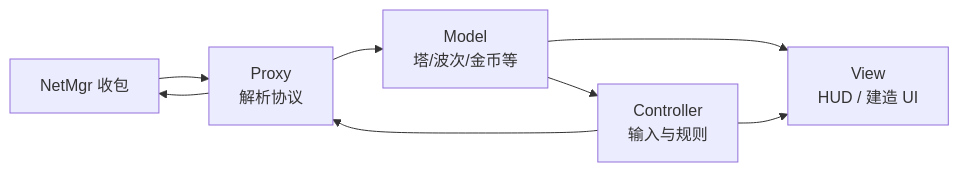
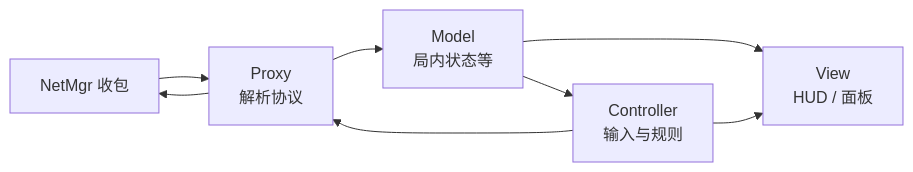
One commit to Newzhi/vframework4UnityGame changed the third of 3 diagrams in vframework/Assets/vFramework/Docs/FrameworkDesign.md. Above: the diagram before and after it, drawn with Mermaid. The commit also changed other lines of this file and 5 other files, not shown here.

````diff
--- a/vframework/Assets/vFramework/Docs/FrameworkDesign.md
+++ b/vframework/Assets/vFramework/Docs/FrameworkDesign.md
@@ -196,16 +194,16 @@
 ```mermaid
 flowchart LR
     Net["NetMgr 收包"]
     Proxy["Proxy<br/>解析协议"]
-    Model["Model<br/>塔/波次/金币等"]
+    Model["Model<br/>局内状态等"]
     Ctrl["Controller<br/>输入与规则"]
-    View["View<br/>HUD / 建造 UI"]
+    View["View<br/>HUD / 面板"]
 
     Net --> Proxy
     Proxy --> Model
     Model --> Ctrl
     Model --> View
     Ctrl --> Proxy
     Proxy --> Net
     Ctrl --> View
 ```
````
